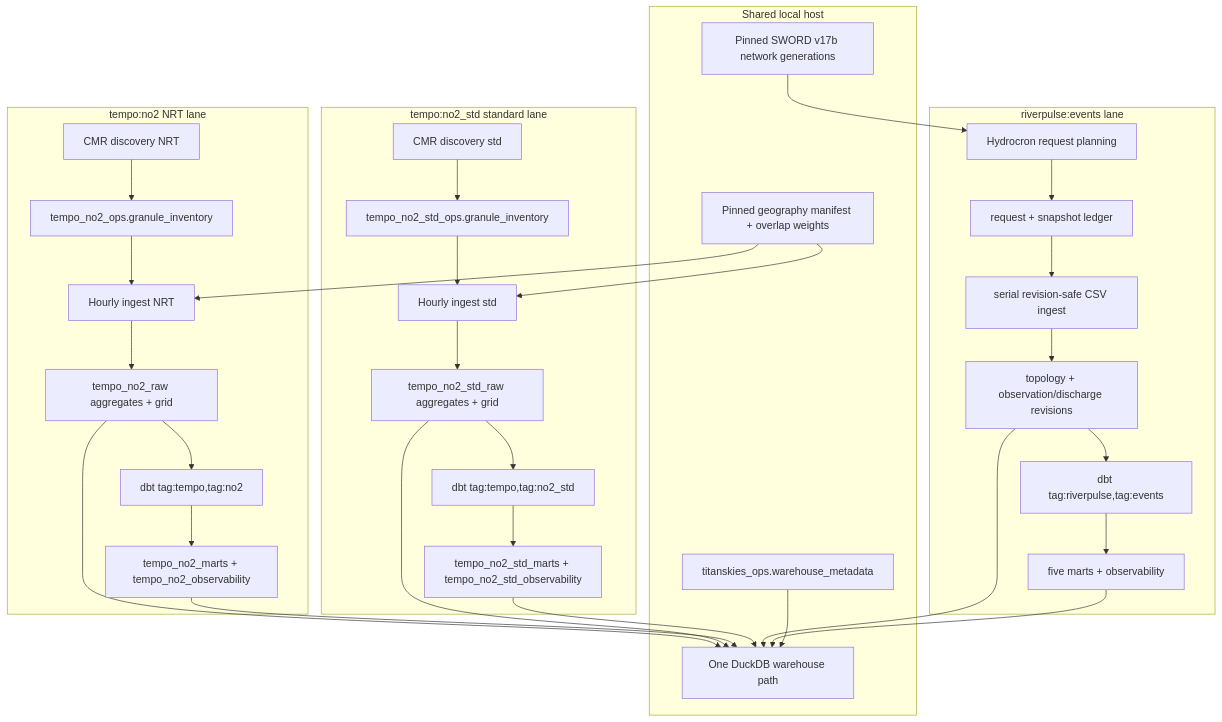
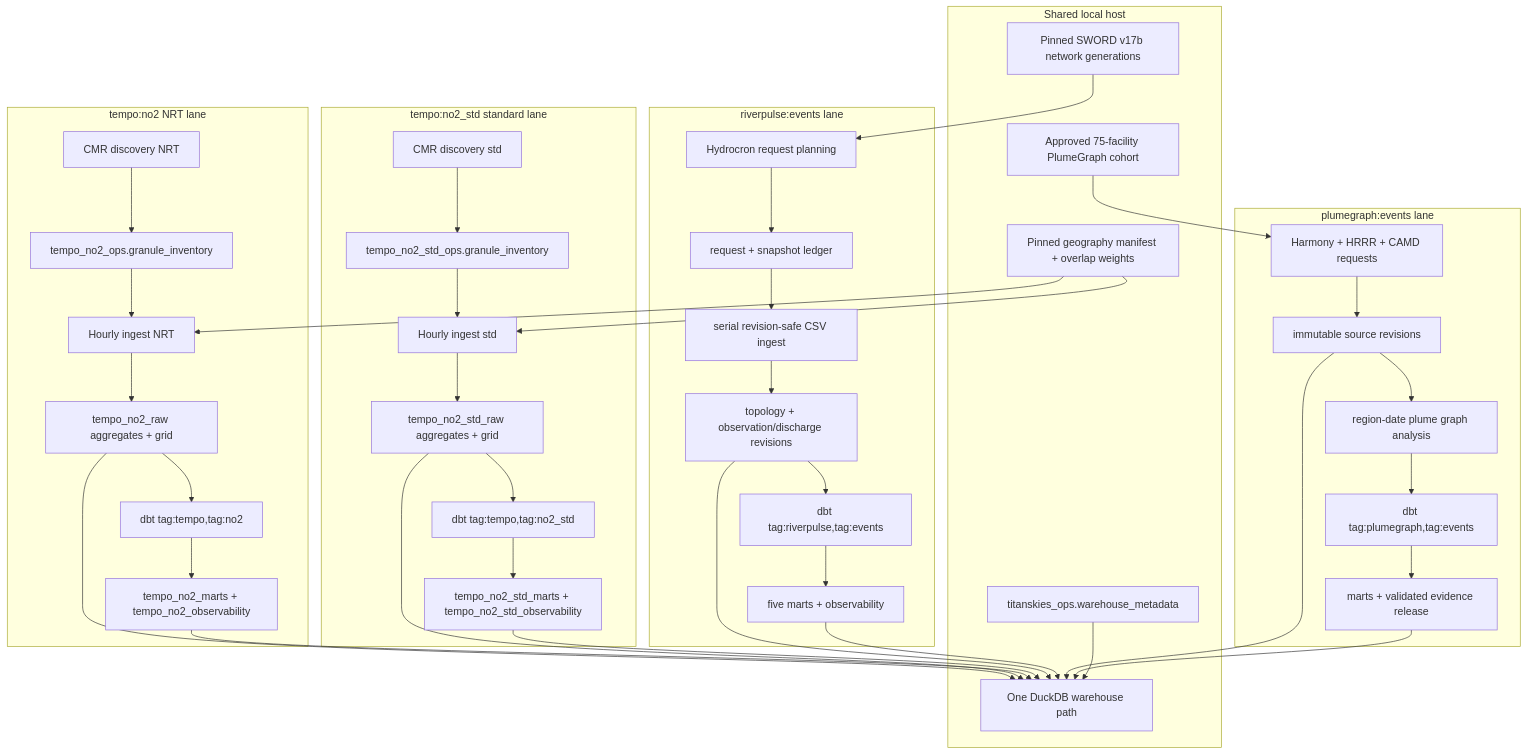
The diagram in docs/concepts/architecture.md (hypertrial/titanskies-pipeline), drawn with Mermaid before and after one commit. The commit also changed other lines of this file and 112 other files, not shown here.

Commit message:
Add PlumeGraph event evidence pipeline

````diff
--- a/docs/concepts/architecture.md
+++ b/docs/concepts/architecture.md
@@ -15,50 +17,63 @@
 ```mermaid
 flowchart TB
   subgraph shared["Shared local host"]
     geo["Pinned geography manifest + overlap weights"]
     sword["Pinned SWORD v17b network generations"]
+    cohort["Approved 75-facility PlumeGraph cohort"]
     duck["One DuckDB warehouse path"]
     stamp["titanskies_ops.warehouse_metadata"]
   end
 
   subgraph nrt["tempo:no2 NRT lane"]
     nrtDisc["CMR discovery NRT"]
     nrtLedger["tempo_no2_ops.granule_inventory"]
     nrtIngest["Hourly ingest NRT"]
     nrtRaw["tempo_no2_raw aggregates + grid"]
     nrtDbt["dbt tag:tempo,tag:no2"]
     nrtMarts["tempo_no2_marts + tempo_no2_observability"]
     nrtDisc --> nrtLedger --> nrtIngest --> nrtRaw --> nrtDbt --> nrtMarts
   end
 
   subgraph std["tempo:no2_std standard lane"]
     stdDisc["CMR discovery std"]
     stdLedger["tempo_no2_std_ops.granule_inventory"]
     stdIngest["Hourly ingest std"]
     stdRaw["tempo_no2_std_raw aggregates + grid"]
     stdDbt["dbt tag:tempo,tag:no2_std"]
     stdMarts["tempo_no2_std_marts + tempo_no2_std_observability"]
     stdDisc --> stdLedger --> stdIngest --> stdRaw --> stdDbt --> stdMarts
   end
 
   subgraph rivers["riverpulse:events lane"]
     riverDisc["Hydrocron request planning"]
     riverLedger["request + snapshot ledger"]
     riverIngest["serial revision-safe CSV ingest"]
     riverRaw["topology + observation/discharge revisions"]
     riverDbt["dbt tag:riverpulse,tag:events"]
     riverMarts["five marts + observability"]
     riverDisc --> riverLedger --> riverIngest --> riverRaw --> riverDbt --> riverMarts
   end
 
+  subgraph plumes["plumegraph:events lane"]
+    plumeDisc["Harmony + HRRR + CAMD requests"]
+    plumeLedger["immutable source revisions"]
+    plumeAnalysis["region-date plume graph analysis"]
+    plumeDbt["dbt tag:plumegraph,tag:events"]
+    plumeRelease["marts + validated evidence release"]
+    plumeDisc --> plumeLedger --> plumeAnalysis --> plumeDbt --> plumeRelease
+  end
+
   geo --> nrtIngest
   geo --> stdIngest
   sword --> riverDisc
+  cohort --> plumeDisc
   nrtRaw --> duck
   stdRaw --> duck
   nrtMarts --> duck
   stdMarts --> duck
   riverRaw --> duck
   riverMarts --> duck
+  plumeLedger --> duck
+  plumeRelease --> duck
   stamp --> duck
 ```
````
